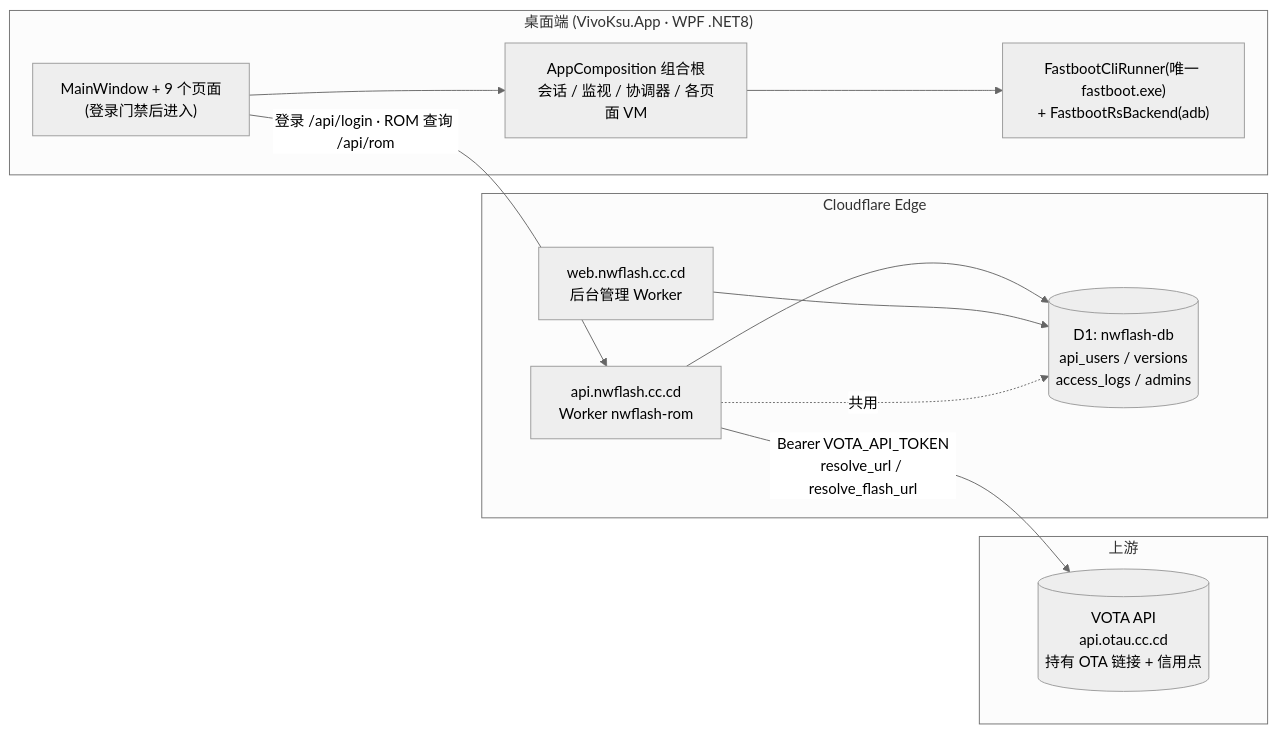
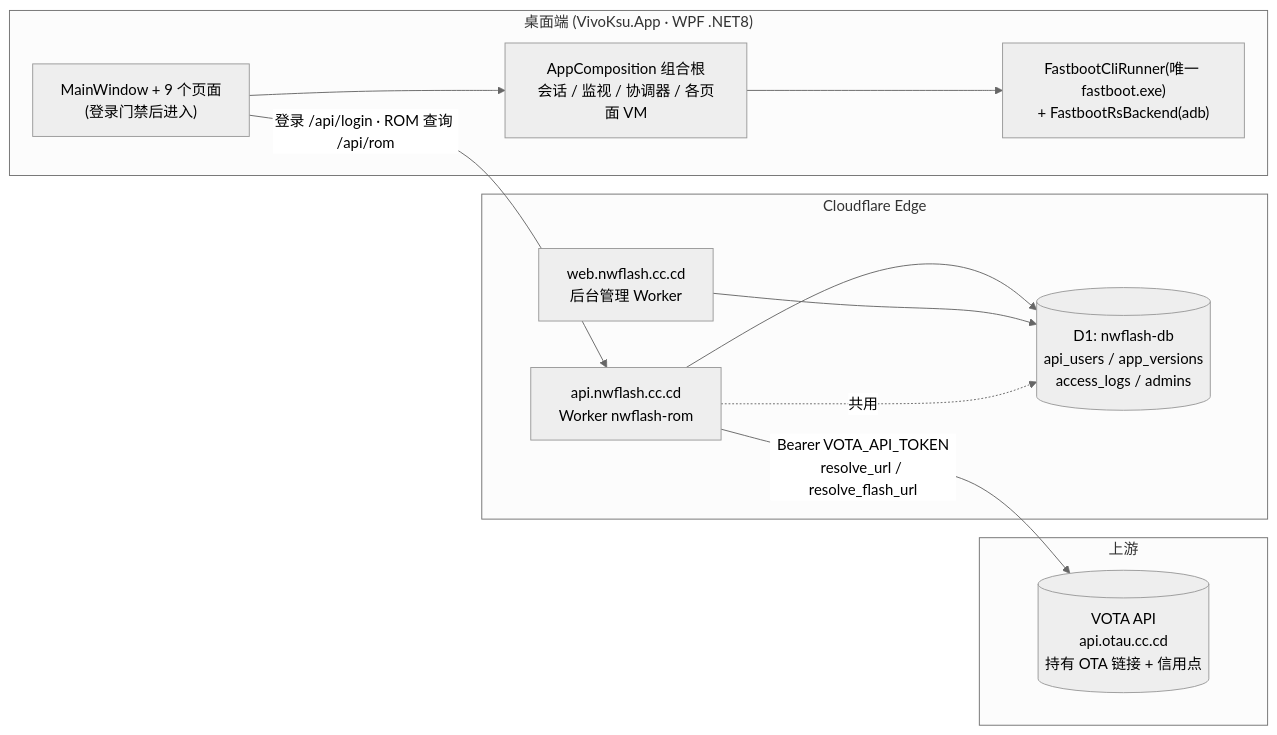
One commit to xxz13352/VivoKsu changed the first of 11 diagrams in docs/architecture.md. Above: the diagram before and after it, drawn with Mermaid (neutral theme). The commit also changed other lines of this file and 19 other files, not shown here.

````diff
--- a/docs/architecture.md
+++ b/docs/architecture.md
@@ -27,26 +27,26 @@
 ```mermaid
 flowchart LR
     subgraph Desktop["桌面端 (VivoKsu.App · WPF .NET8)"]
         UI["MainWindow + 9 个页面\n(登录门禁后进入)"]
         CORE["AppComposition 组合根\n会话 / 监视 / 协调器 / 各页面 VM"]
         FB["FastbootCliRunner(唯一 fastboot.exe)\n+ FastbootRsBackend(adb)"]
     end
 
     subgraph Cloudflare["Cloudflare Edge"]
         API["api.nwflash.cc.cd\nWorker nwflash-rom"]
         WEB["web.nwflash.cc.cd\n后台管理 Worker"]
-        DB[("D1: nwflash-db\napi_users / versions\naccess_logs / admins")]
+        DB[("D1: nwflash-db\napi_users / app_versions\naccess_logs / admins")]
     end
 
     subgraph Upstream["上游"]
         VOTA[("VOTA API\napi.otau.cc.cd\n持有 OTA 链接 + 信用点")]
     end
 
     UI --> CORE
     CORE --> FB
     UI -->|"登录 /api/login · ROM 查询 /api/rom"| API
     API --> DB
     API -->|"Bearer VOTA_API_TOKEN\nresolve_url / resolve_flash_url"| VOTA
     WEB --> DB
     API -. 共用 .-> DB
 ```
````
